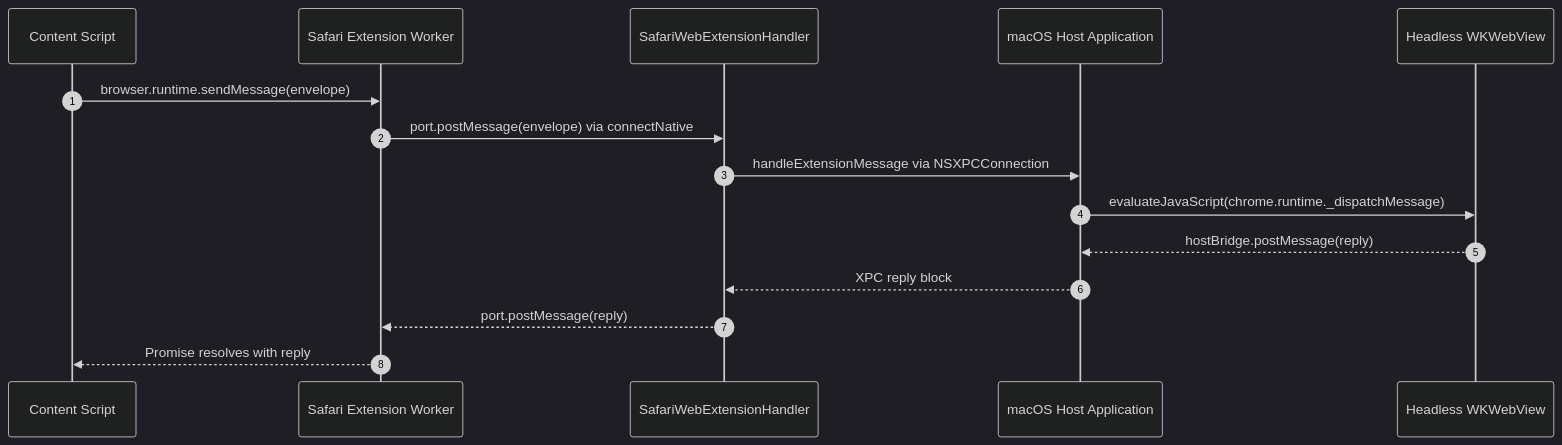
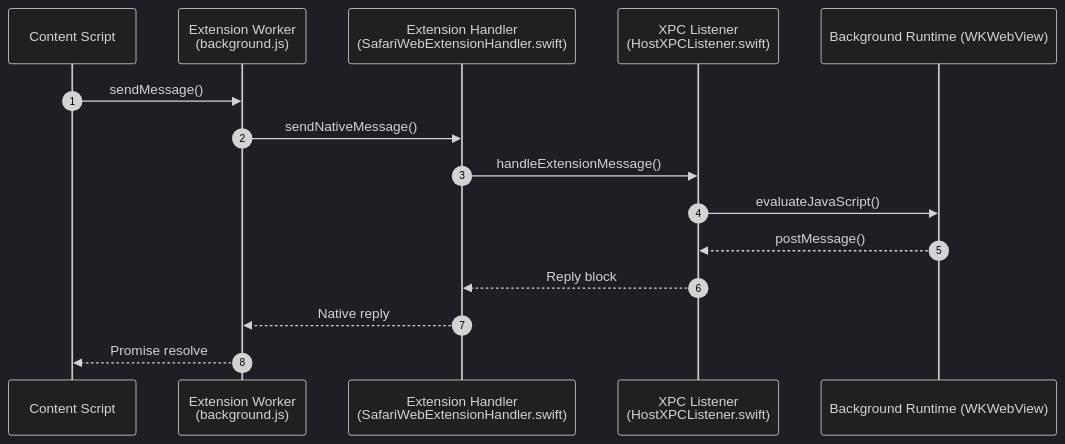
Before and after one commit to easonwong-de/Wirt: the fifth of 7 diagrams in docs/architecture.md, drawn with Mermaid (dark theme). The commit also changed other lines of this file, not shown here.

Commit message:
docs: polish architecture documentaion

````diff
--- a/docs/architecture.md
+++ b/docs/architecture.md
@@ -124,18 +163,18 @@
 ```mermaid
 sequenceDiagram
     autonumber
     participant Content as Content Script
-    participant Worker as Safari Extension Worker
-    participant Handler as SafariWebExtensionHandler
-    participant Host as macOS Host Application
-    participant Runtime as Headless WKWebView
+    participant Worker as Extension Worker<br/>(background.js)
+    participant Handler as Extension Handler<br/>(SafariWebExtensionHandler.swift)
+    participant Listener as XPC Listener<br/>(HostXPCListener.swift)
+    participant Runtime as Background Runtime (WKWebView)
 
-    Content->>Worker: browser.runtime.sendMessage(envelope)
-    Worker->>Handler: port.postMessage(envelope) via connectNative
-    Handler->>Host: handleExtensionMessage via NSXPCConnection
-    Host->>Runtime: evaluateJavaScript(chrome.runtime._dispatchMessage)
-    Runtime-->>Host: hostBridge.postMessage(reply)
-    Host-->>Handler: XPC reply block
-    Handler-->>Worker: port.postMessage(reply)
-    Worker-->>Content: Promise resolves with reply
+    Content->>Worker: sendMessage()
+    Worker->>Handler: sendNativeMessage()
+    Handler->>Listener: handleExtensionMessage()
+    Listener->>Runtime: evaluateJavaScript()
+    Runtime-->>Listener: postMessage()
+    Listener-->>Handler: Reply block
+    Handler-->>Worker: Native reply
+    Worker-->>Content: Promise resolve
 ```
````
